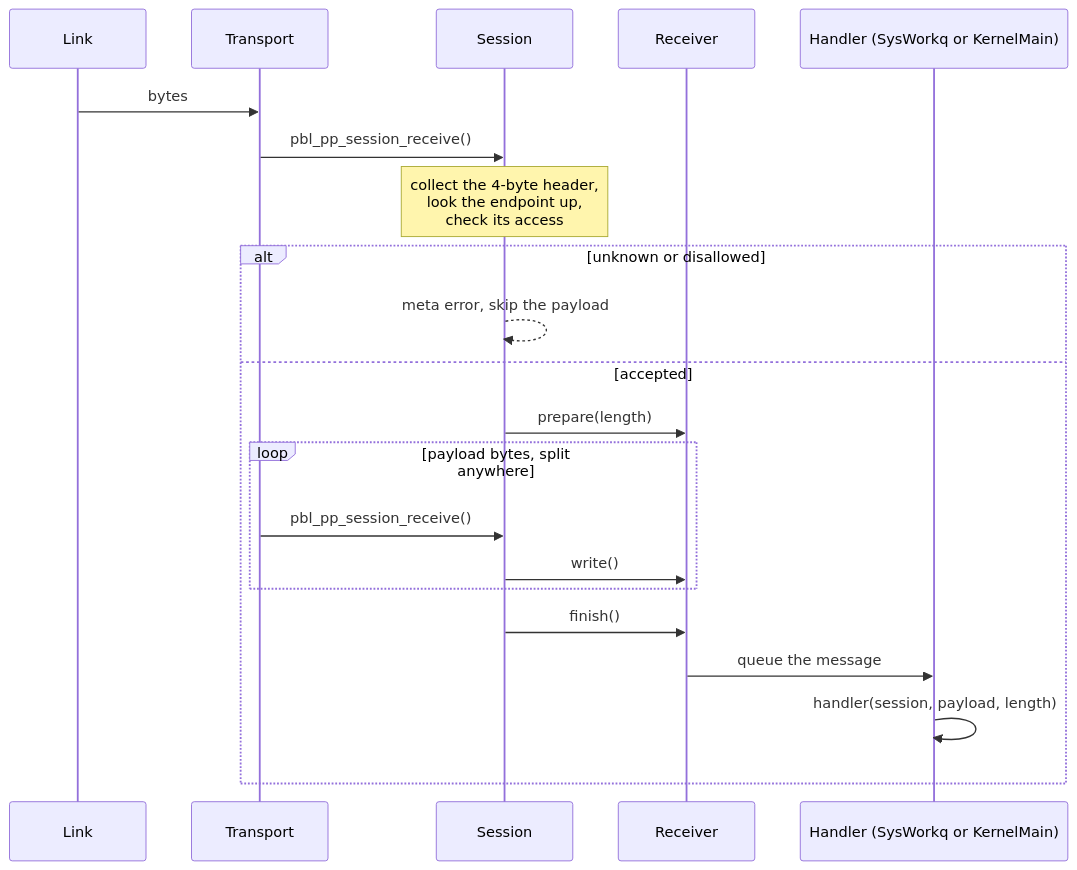
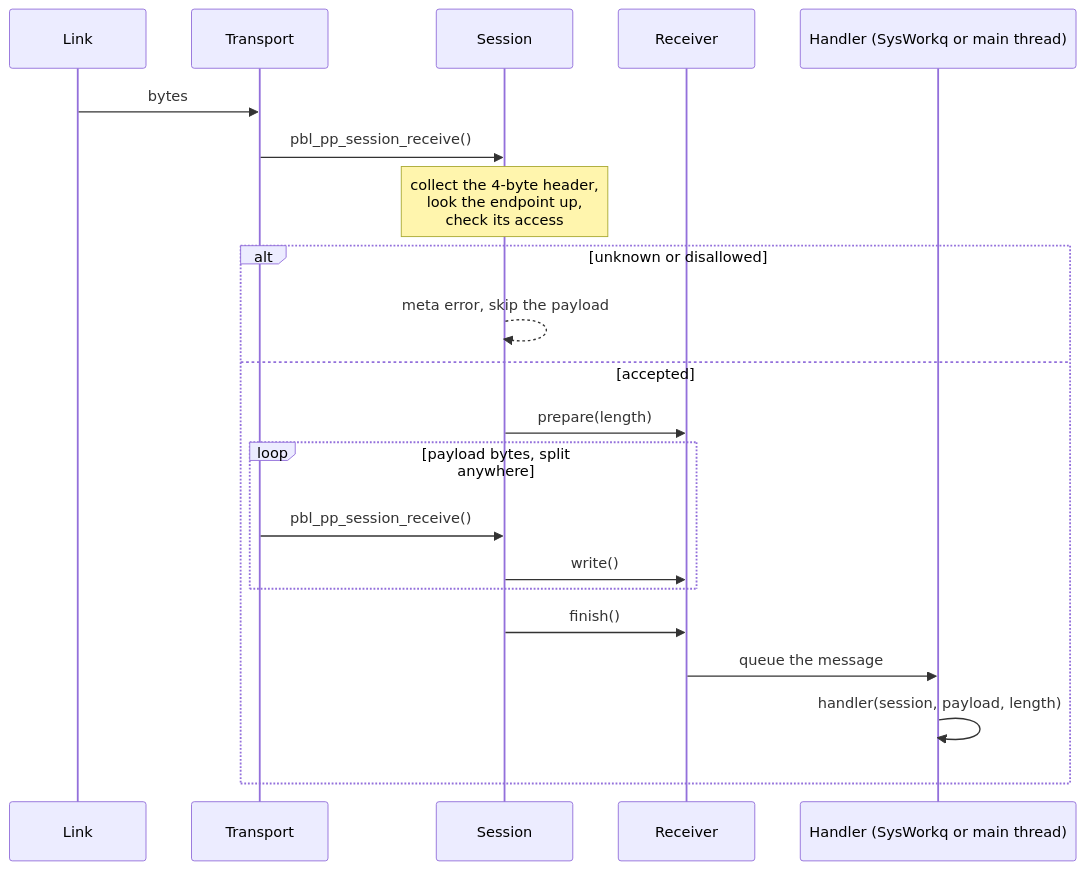
The third of 4 diagrams in docs/subsystems/pp/index.md (coredevices/PebbleOS), drawn with Mermaid before and after one commit. The commit also changed other lines of this file and 17 other files, not shown here.

First line of the commit message:
subsys/pp: take the main thread and the events from the application

````diff
--- a/docs/subsystems/pp/index.md
+++ b/docs/subsystems/pp/index.md
@@ -181,23 +190,23 @@
 ```{mermaid}
 sequenceDiagram
   participant L as Link
   participant T as Transport
   participant S as Session
   participant R as Receiver
-  participant H as Handler (SysWorkq or KernelMain)
+  participant H as Handler (SysWorkq or main thread)
   L->>T: bytes
   T->>S: pbl_pp_session_receive()
   Note over S: collect the 4-byte header,<br/>look the endpoint up,<br/>check its access
   alt unknown or disallowed
     S-->>S: meta error, skip the payload
   else accepted
     S->>R: prepare(length)
     loop payload bytes, split anywhere
       T->>S: pbl_pp_session_receive()
       S->>R: write()
     end
     S->>R: finish()
     R->>H: queue the message
     H->>H: handler(session, payload, length)
   end
 ```
````
